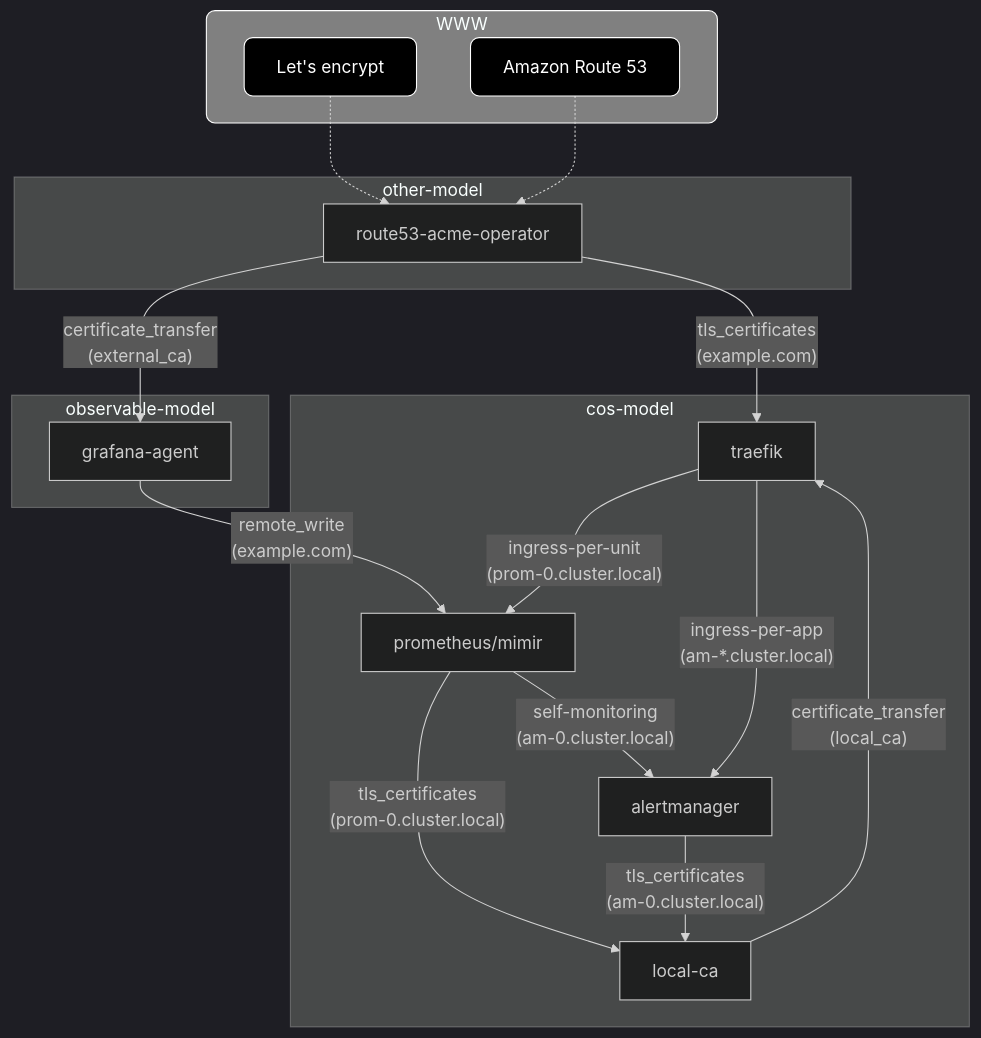
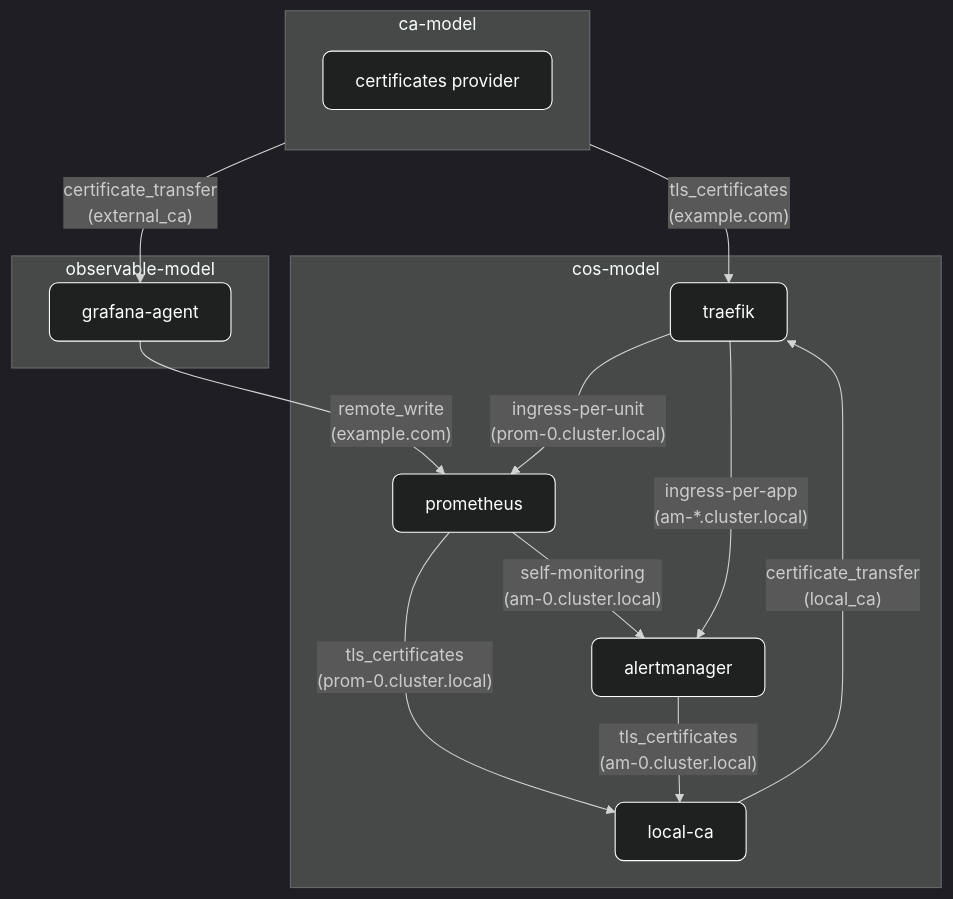
One commit to canonical/observability-stack changed the diagram in docs/how-to/configure-tls-encryption.md. Above: the diagram before and after it, drawn with Mermaid. The commit also changed other lines of this file and 4 other files, not shown here.

````diff
--- a/docs/how-to/configure-tls-encryption.md
+++ b/docs/how-to/configure-tls-encryption.md
@@ -18,42 +29,34 @@
 ```{mermaid}
 %%{init: { "theme": "dark" } }%%
 flowchart TB
   subgraph COS [cos-model]
     traefik[traefik]
-    prometheus[prometheus/mimir]
+    prometheus[prometheus]
     alertmanager[alertmanager]
     localca[local-ca]
   end
 
-  subgraph OtherModel [other-model]
-    route53[route53-acme-operator]
+  subgraph CAModel [ca-model]
+    direction TB
+    cert-provider[certificates provider]
   end
 
   subgraph ObserveModel [observable-model]
     grafana[grafana-agent]
   end
 
-  subgraph WWW [WWW]
-    le[Let's encrypt]
-    route53dns[Amazon Route 53]
-  end
-
   grafana -->|"remote_write<br>(example.com)"| prometheus
   prometheus -->|"self-monitoring<br>(am-0.cluster.local)"| alertmanager
-  route53 -->|"tls_certificates<br>(example.com)"| traefik
+  cert-provider -->|"tls_certificates<br>(example.com)"| traefik
   traefik -->|"ingress-per-unit<br>(prom-0.cluster.local)"| prometheus
   traefik -->|"ingress-per-app<br>(am-*.cluster.local)"| alertmanager
 
   prometheus -->|"tls_certificates<br>(prom-0.cluster.local)"| localca
   alertmanager -->|"tls_certificates<br>(am-0.cluster.local)"| localca
   localca -->|"certificate_transfer<br>(local_ca)"| traefik
 
-  route53 -->|"certificate_transfer<br>(external_ca)"| grafana
+  cert-provider -->|"certificate_transfer<br>(external_ca)"| grafana
 
-  le -.-> route53
-  route53dns -.-> route53
-
-  classDef ExternalNode fill:black,stroke:white,stroke-width:1px,color:white,rx:8px,ry:8px
-  class le,route53dns ExternalNode
-  style WWW fill:grey,stroke:white,stroke-width:1px,rx:8px,ry:8px
+  classDef Charm stroke:white,stroke-width:1px,color:white,rx:8px,ry:8px
+  class traefik,prometheus,alertmanager,localca,grafana,cert-provider Charm
 ```
````
